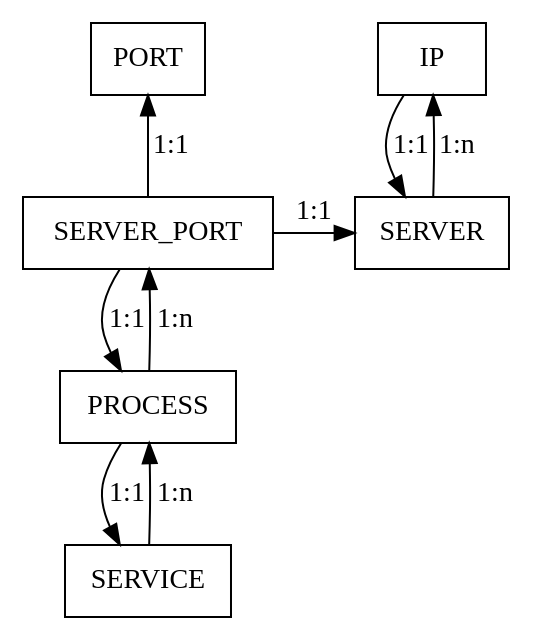
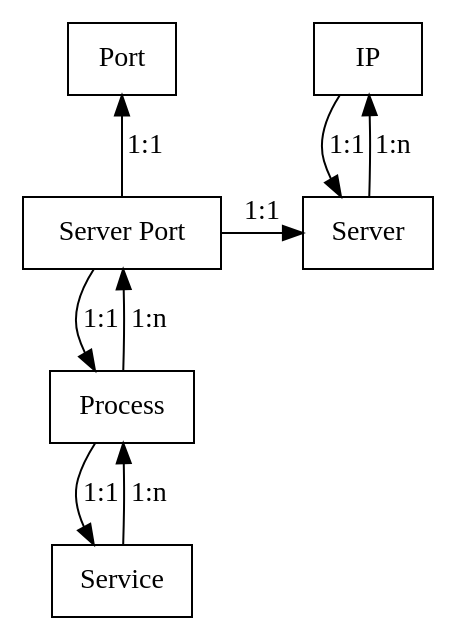
Before and after one commit to georgecao/reploop-topology: the first of 2 diagrams in README.adoc, drawn with Graphviz. The commit also changed other lines of this file and 16 other files, not shown here.

```diff
--- a/README.adoc
+++ b/README.adoc
@@ -32,17 +27,24 @@
 [graphviz,relation,svg]
 ----
 digraph g {
     node[shape=box];
+    IP[label="IP"];
+    SERVER[label="Server"];
+    PORT[label="Port"];
+    SERVER_PORT[label="Server Port"];
+    PROCESS[label="Process"];
+    SERVICE[label="Service"];
+
     IP -> SERVER[label="1:1"];
     SERVER -> IP[label="1:n"];
     SERVER_PORT -> SERVER[label="1:1"];
     SERVER_PORT -> PROCESS[label="1:1"];
     PROCESS -> SERVER_PORT[label="1:n"];
     PROCESS -> SERVICE[label="1:1"];
     SERVICE -> PROCESS[label="1:n"];
     SERVER_PORT -> PORT[label="1:1"];
 
     {rank=min;IP;PORT;}
     {rank=same;SERVER;SERVER_PORT;}
 }
 ----
```
